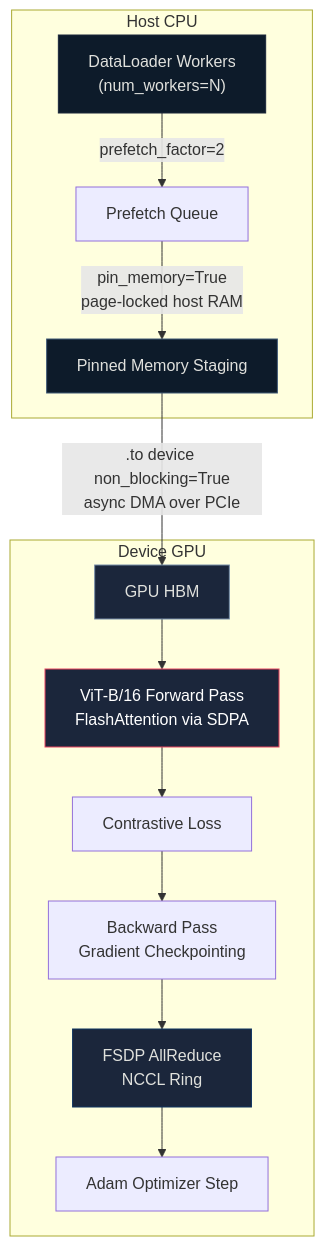
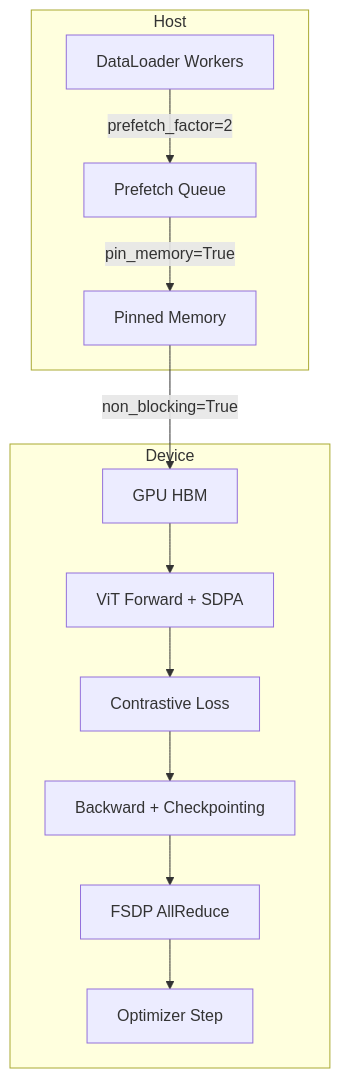
One commit to ThilakShekharShriyan/GeoScale changed the second of 4 diagrams in README.md. Above: the diagram before and after it, drawn with Mermaid. The commit also changed other lines of this file, not shown here.

````diff
--- a/README.md
+++ b/README.md
@@ -69,22 +57,16 @@
 ```mermaid
 flowchart TB
-    subgraph "Host CPU"
-        A["DataLoader Workers\n(num_workers=N)"] -->|"prefetch_factor=2"| B["Prefetch Queue"]
-        B -->|"pin_memory=True\npage-locked host RAM"| C["Pinned Memory Staging"]
+    subgraph "Host"
+        A["DataLoader Workers"] -->|"prefetch_factor=2"| B["Prefetch Queue"]
+        B -->|"pin_memory=True"| C["Pinned Memory"]
     end
 
-    subgraph "Device GPU"
-        C -->|".to device non_blocking=True\nasync DMA over PCIe"| D["GPU HBM"]
-        D --> E["ViT-B/16 Forward Pass\nFlashAttention via SDPA"]
+    subgraph "Device"
+        C -->|"non_blocking=True"| D["GPU HBM"]
+        D --> E["ViT Forward + SDPA"]
         E --> F["Contrastive Loss"]
-        F --> G["Backward Pass\nGradient Checkpointing"]
-        G --> H["FSDP AllReduce\nNCCL Ring"]
-        H --> I["Adam Optimizer Step"]
+        F --> G["Backward + Checkpointing"]
+        G --> H["FSDP AllReduce"]
+        H --> I["Optimizer Step"]
     end
-
-    style A fill:#0d1b2a,stroke:#1b263b,color:#e0e1dd
-    style C fill:#0d1b2a,stroke:#415a77,color:#e0e1dd
-    style D fill:#1b263b,stroke:#778da9,color:#e0e1dd
-    style E fill:#1b263b,stroke:#e94560,color:#fff
-    style H fill:#1b263b,stroke:#0f3460,color:#e0e1dd
 ```
````
